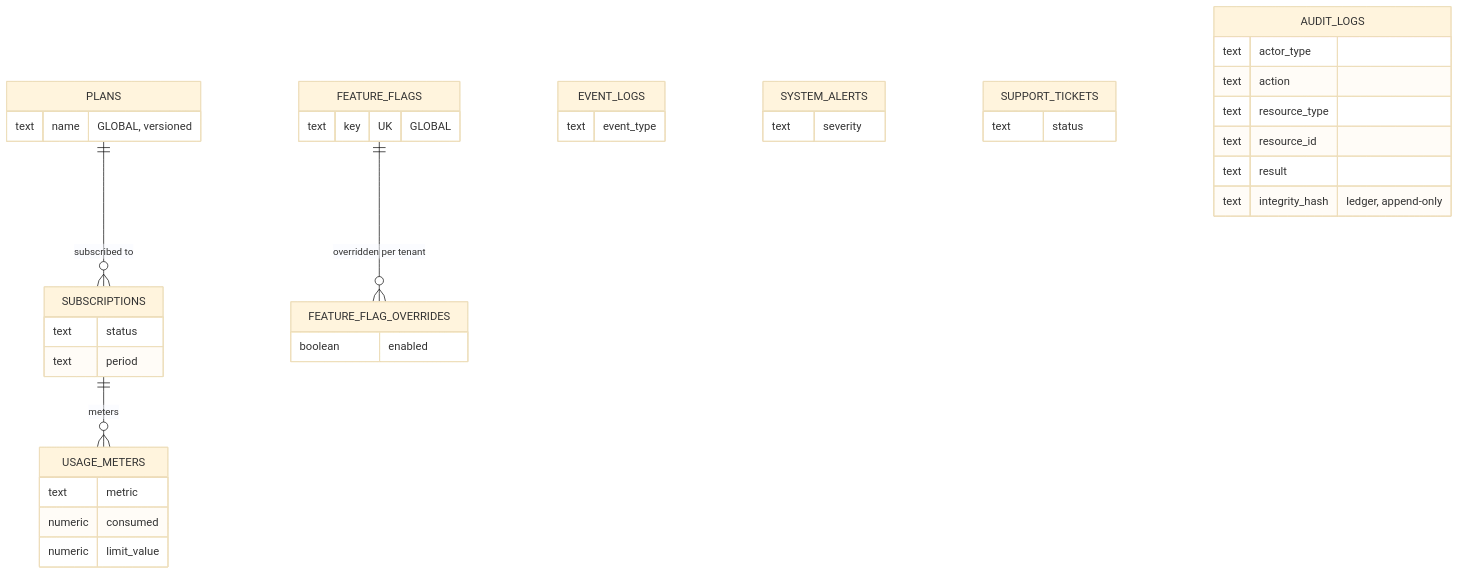
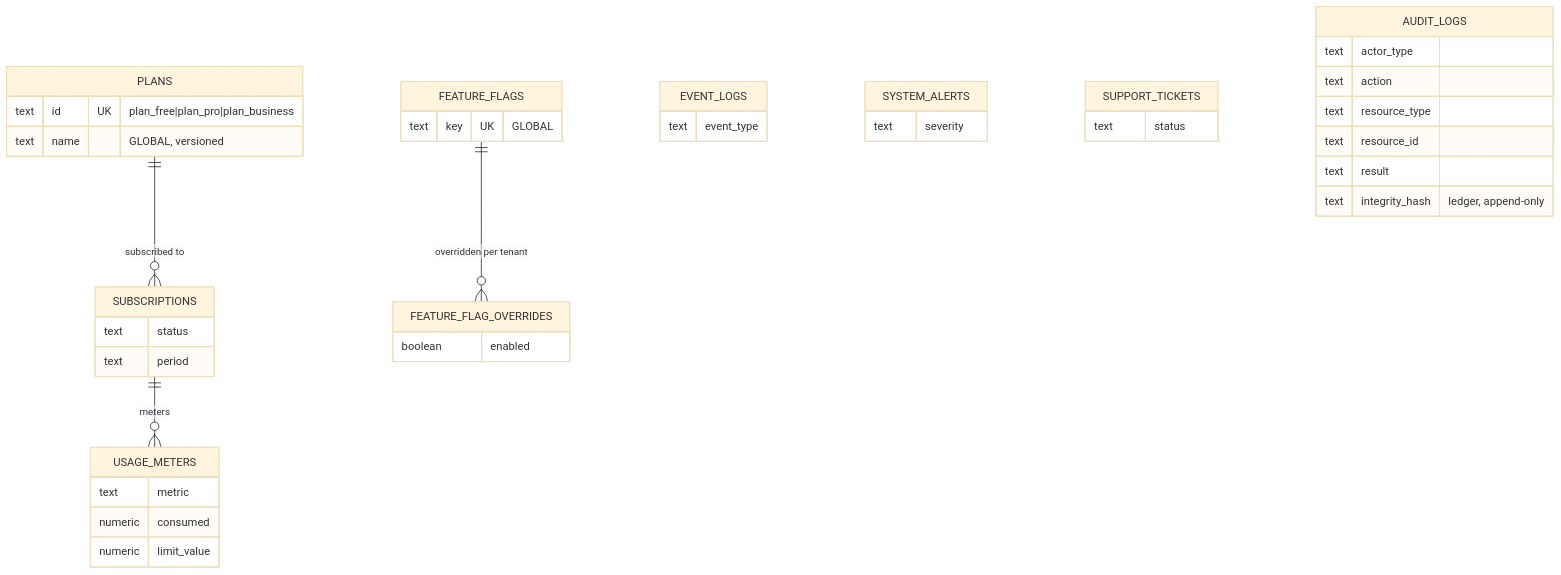
One commit to LonelyTraderBay/Phan_mem_ban_hang_online changed the eighth of 8 diagrams in backend/docs/data/ERD.md. Above: the diagram before and after it, drawn with Mermaid (base theme). The commit also changed other lines of this file and 344 other files, not shown here.

````diff
--- a/backend/docs/data/ERD.md
+++ b/backend/docs/data/ERD.md
@@ -485,28 +508,29 @@
 ```mermaid
 erDiagram
   PLANS ||--o{ SUBSCRIPTIONS : "subscribed to"
   SUBSCRIPTIONS ||--o{ USAGE_METERS : "meters"
   FEATURE_FLAGS ||--o{ FEATURE_FLAG_OVERRIDES : "overridden per tenant"
 
   EVENT_LOGS { text event_type }
-  PLANS { text name "GLOBAL, versioned" }
+  PLANS { text id UK "plan_free|plan_pro|plan_business"
+    text name "GLOBAL, versioned" }
   SUBSCRIPTIONS { text status
     text period }
   USAGE_METERS {
     text metric
     numeric consumed
     numeric limit_value
   }
   FEATURE_FLAGS { text key UK "GLOBAL" }
   FEATURE_FLAG_OVERRIDES { boolean enabled }
   SYSTEM_ALERTS { text severity }
   SUPPORT_TICKETS { text status }
   AUDIT_LOGS {
     text actor_type
     text action
     text resource_type
     text resource_id
     text result
     text integrity_hash "ledger, append-only"
   }
 ```
````
